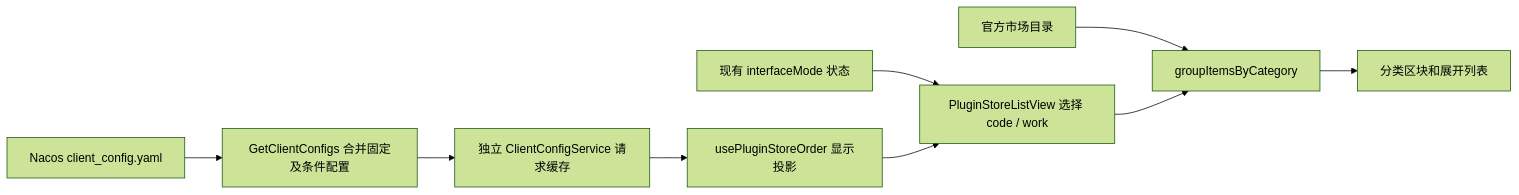
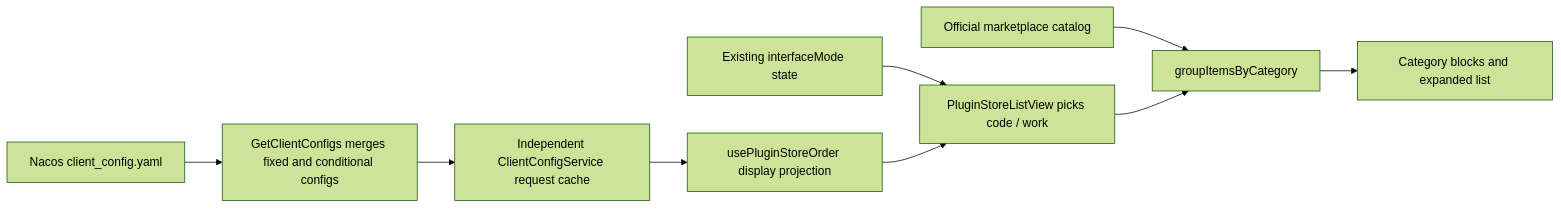
One commit to osben/ZCode changed the diagram in docs/plugins/plugin-store-mode-order.md. Above: the diagram before and after it, drawn with Mermaid (forest theme). The commit also changed other lines of this file and 18 other files, not shown here.

````diff
--- a/docs/plugins/plugin-store-mode-order.md
+++ b/docs/plugins/plugin-store-mode-order.md
@@ -60,11 +57,11 @@
 ```mermaid
 flowchart LR
-  N[Nacos client_config.yaml] --> S[GetClientConfigs 合并固定及条件配置]
-  S --> C[独立 ClientConfigService 请求缓存]
-  C --> H[usePluginStoreOrder 显示投影]
-  M[现有 interfaceMode 状态] --> L[PluginStoreListView 选择 code / work]
+  N[Nacos client_config.yaml] --> S[GetClientConfigs merges fixed and conditional configs]
+  S --> C[Independent ClientConfigService request cache]
+  C --> H[usePluginStoreOrder display projection]
+  M[Existing interfaceMode state] --> L[PluginStoreListView picks code / work]
   H --> L
-  P[官方市场目录] --> G[groupItemsByCategory]
+  P[Official marketplace catalog] --> G[groupItemsByCategory]
   L --> G
-  G --> V[分类区块和展开列表]
+  G --> V[Category blocks and expanded list]
 ```
````
